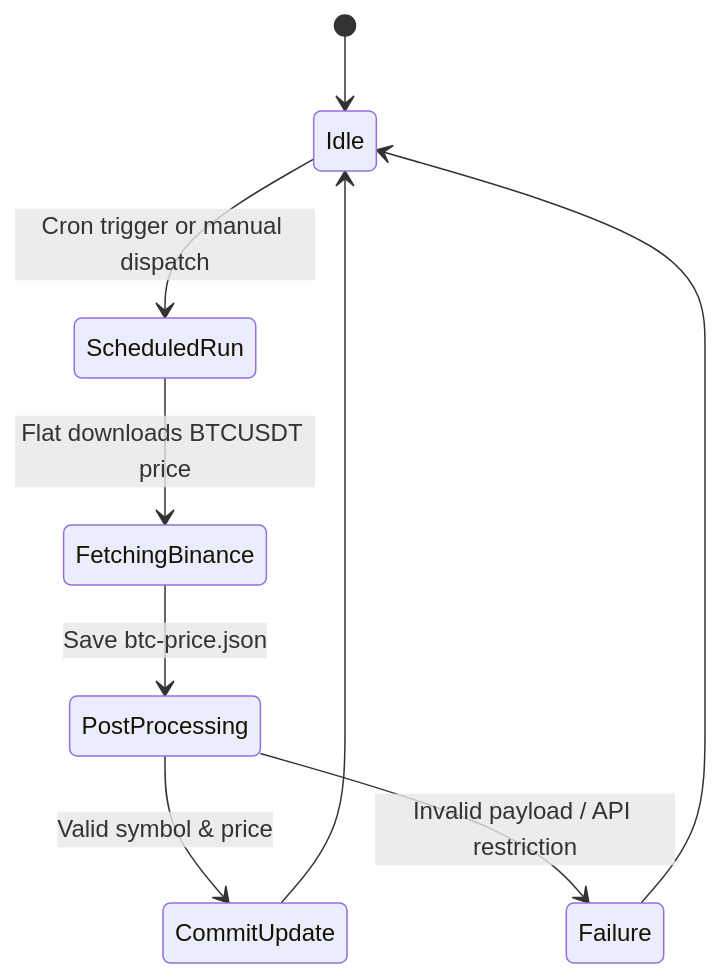
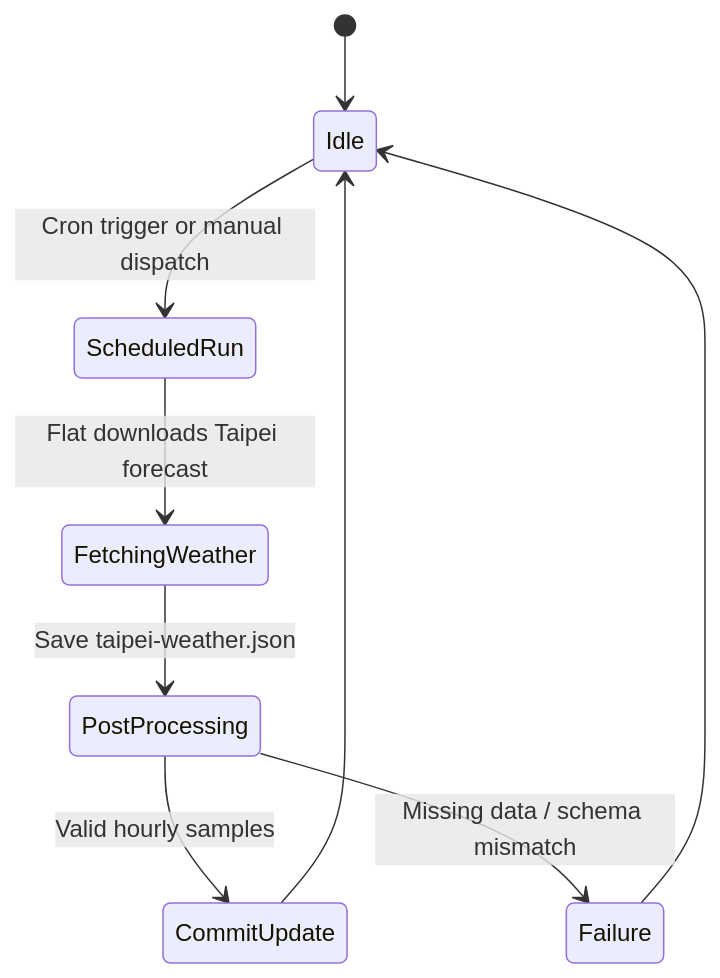
The second of 6 diagrams in README.md (muyueh/flat-demo-bitcoin-price), drawn with Mermaid before and after one commit. The commit also changed other lines of this file and 6 other files, not shown here.

Commit message:
Switch workflow to Taipei weather forecast

````diff
--- a/README.md
+++ b/README.md
@@ -17,11 +17,11 @@
 ```mermaid
 stateDiagram-v2
   [*] --> Idle
   Idle --> ScheduledRun: Cron trigger or manual dispatch
-  ScheduledRun --> FetchingBinance: Flat downloads BTCUSDT price
-  FetchingBinance --> PostProcessing: Save btc-price.json
-  PostProcessing --> CommitUpdate: Valid symbol & price
-  PostProcessing --> Failure: Invalid payload / API restriction
+  ScheduledRun --> FetchingWeather: Flat downloads Taipei forecast
+  FetchingWeather --> PostProcessing: Save taipei-weather.json
+  PostProcessing --> CommitUpdate: Valid hourly samples
+  PostProcessing --> Failure: Missing data / schema mismatch
   Failure --> Idle
   CommitUpdate --> Idle
 ```
````
